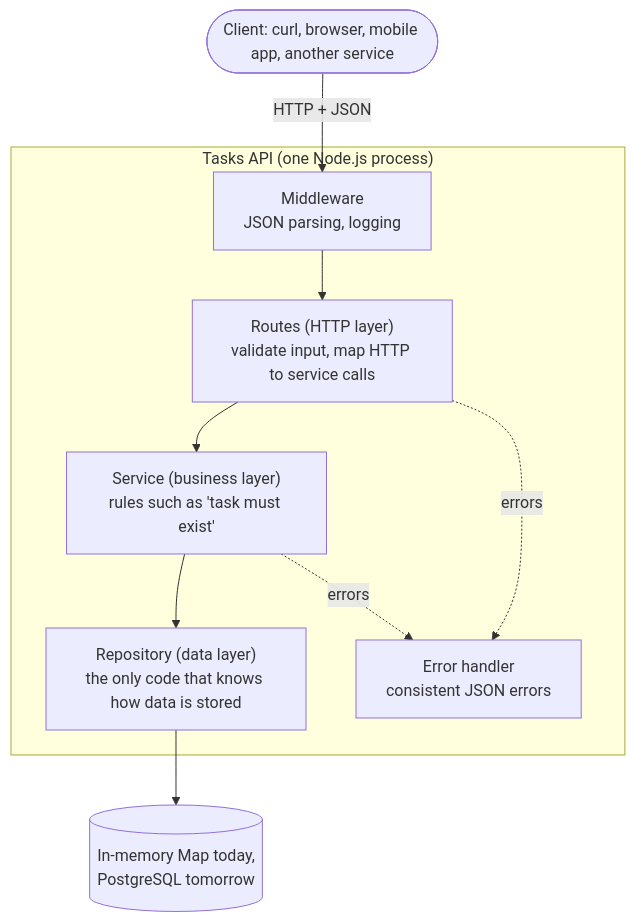
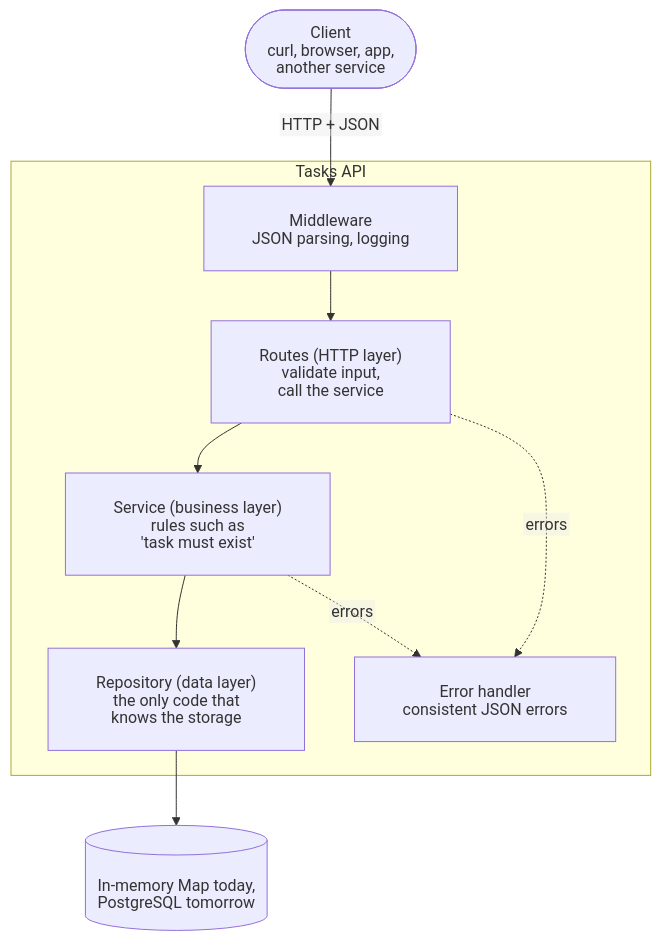
Before and after one commit to renatolinsdigital/nodejs-quickstart: diagram 17 of 26 in README.md, drawn with Mermaid. The commit also changed other lines of this file, not shown here.

First line of the commit message:
renames guide to Understanding Node.js Well and fixes clipped diagram labels

````diff
--- a/README.md
+++ b/README.md
@@ -1902,12 +1915,13 @@
 ```mermaid
+%%{init: {"htmlLabels": false, "flowchart": {"htmlLabels": false, "wrappingWidth": 400, "padding": 24}}}%%
 flowchart TB
-    CLIENT(["Client: curl, browser, mobile app, another service"]) -- "HTTP + JSON" --> MW
-    subgraph API["Tasks API (one Node.js process)"]
-        MW["Middleware<br/>JSON parsing, logging"] --> ROUTES["Routes (HTTP layer)<br/>validate input, map HTTP to service calls"]
-        ROUTES --> SERVICE["Service (business layer)<br/>rules such as 'task must exist'"]
-        SERVICE --> REPO["Repository (data layer)<br/>the only code that knows how data is stored"]
+    CLIENT(["Client<br/>curl, browser, app,<br/>another service"]) -- "HTTP + JSON" --> MW
+    subgraph API["Tasks API"]
+        MW["Middleware<br/>JSON parsing, logging"] --> ROUTES["Routes (HTTP layer)<br/>validate input,<br/>call the service"]
+        ROUTES --> SERVICE["Service (business layer)<br/>rules such as<br/>'task must exist'"]
+        SERVICE --> REPO["Repository (data layer)<br/>the only code that<br/>knows the storage"]
         ROUTES -. "errors" .-> ERR["Error handler<br/>consistent JSON errors"]
         SERVICE -. "errors" .-> ERR
     end
     REPO --> STORE[("In-memory Map today,<br/>PostgreSQL tomorrow")]
 ```
````
